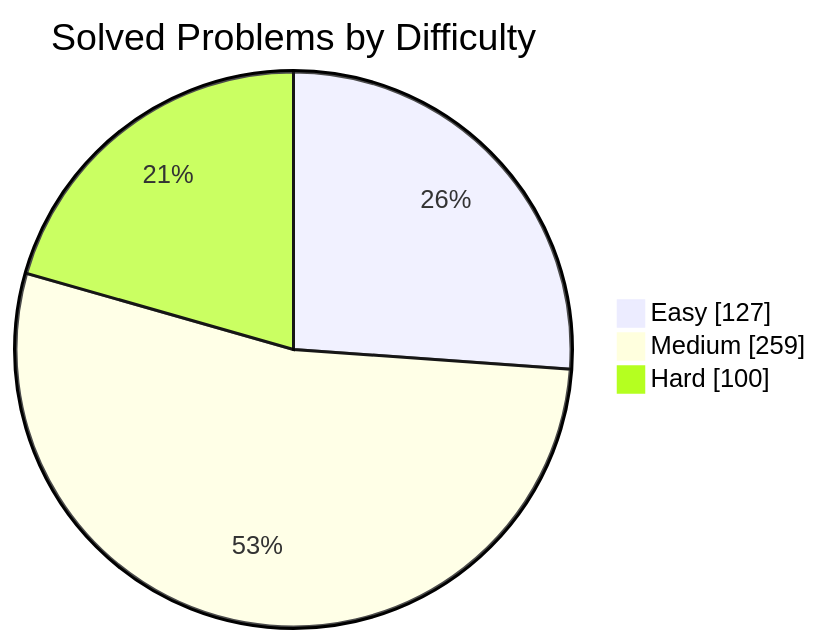
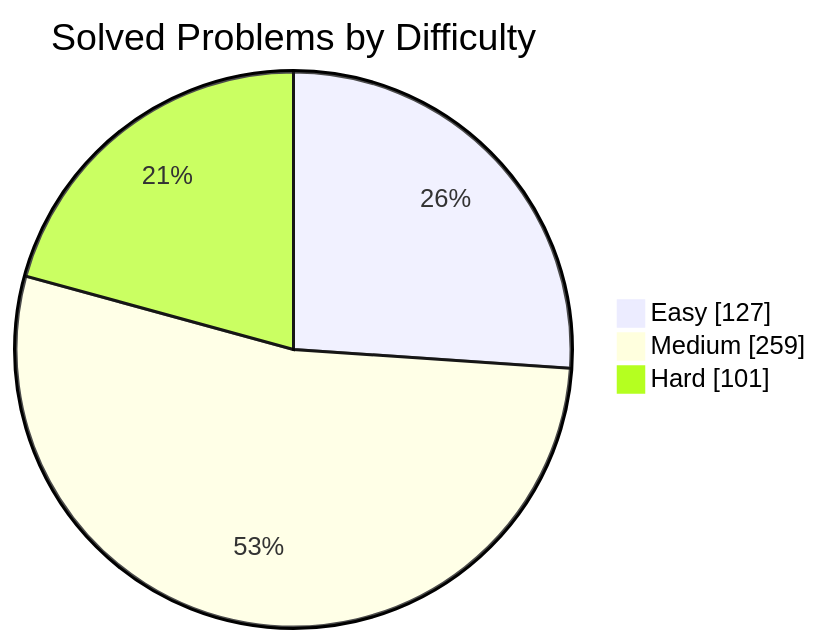
One commit to manikantbindass/DSA-Preparation-FAANG changed the first of 2 diagrams in README.md. Above: the diagram before and after it, drawn with Mermaid. The commit also changed other lines of this file and 1 other file, not shown here.

````diff
--- a/README.md
+++ b/README.md
@@ -77,7 +77,7 @@
 ```mermaid
 pie showData
     title Solved Problems by Difficulty
     "Easy" : 127
     "Medium" : 259
-    "Hard" : 100
+    "Hard" : 101
 ```
````
